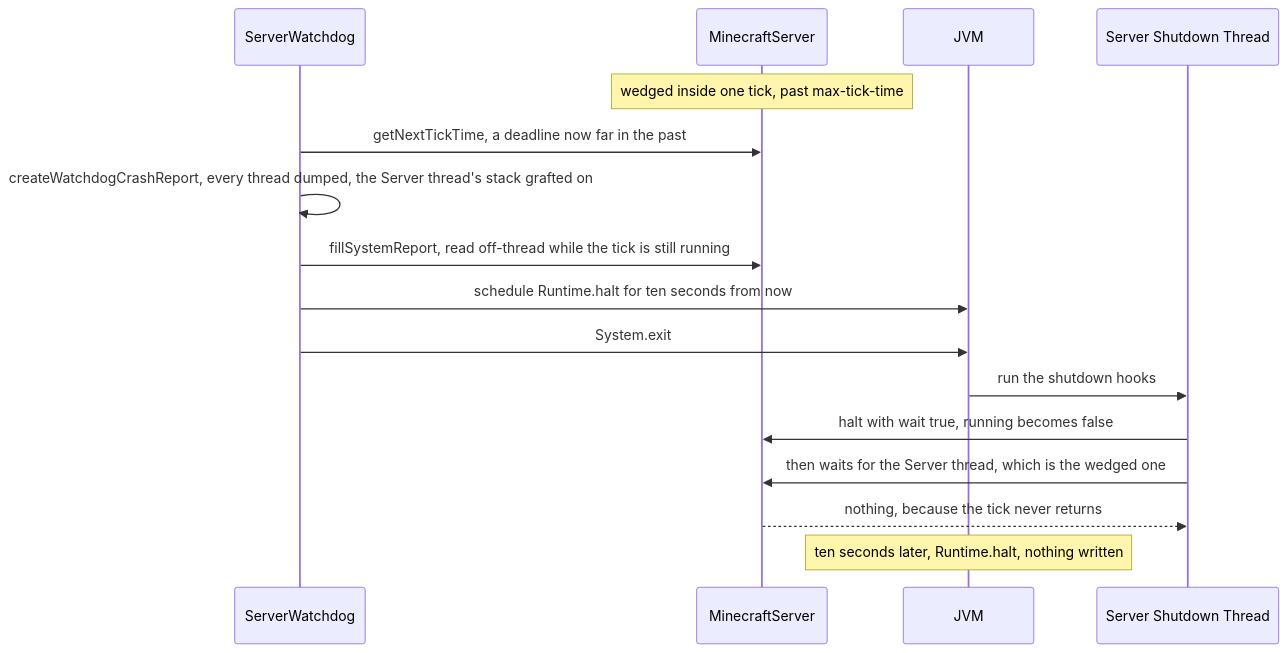
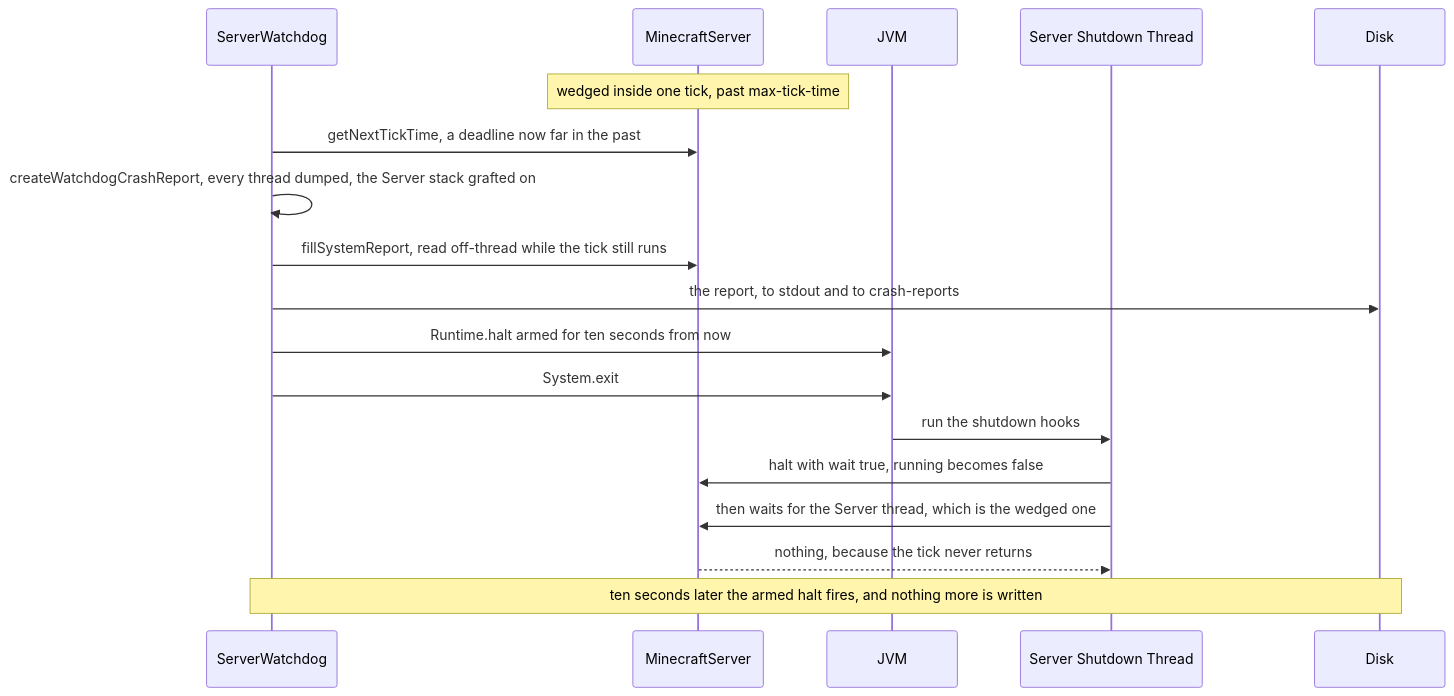
One commit to AlexanderjFraser/MinecraftDocs changed the second of 2 diagrams in src/systems/server/how-a-server-dies.md. Above: the diagram before and after it, drawn with Mermaid. The commit also changed other lines of this file and 12 other files, not shown here.

````diff
--- a/src/systems/server/how-a-server-dies.md
+++ b/src/systems/server/how-a-server-dies.md
@@ -270,19 +280,21 @@
 ```mermaid
 sequenceDiagram
     participant SW as ServerWatchdog
     participant MS as MinecraftServer
     participant JVM
     participant Hook as Server Shutdown Thread
+    participant Disk
 
     Note over MS: wedged inside one tick, past max-tick-time
     SW->>MS: getNextTickTime, a deadline now far in the past
-    SW->>SW: createWatchdogCrashReport, every thread dumped, the Server thread's stack grafted on
-    SW->>MS: fillSystemReport, read off-thread while the tick is still running
-    SW->>JVM: schedule Runtime.halt for ten seconds from now
+    SW->>SW: createWatchdogCrashReport, every thread dumped, the Server stack grafted on
+    SW->>MS: fillSystemReport, read off-thread while the tick still runs
+    SW->>Disk: the report, to stdout and to crash-reports
+    SW->>JVM: Runtime.halt armed for ten seconds from now
     SW->>JVM: System.exit
     JVM->>Hook: run the shutdown hooks
     Hook->>MS: halt with wait true, running becomes false
     Hook->>MS: then waits for the Server thread, which is the wedged one
     MS-->>Hook: nothing, because the tick never returns
-    Note over JVM: ten seconds later, Runtime.halt, nothing written
+    Note over SW,Disk: ten seconds later the armed halt fires, and nothing more is written
 ```
````
